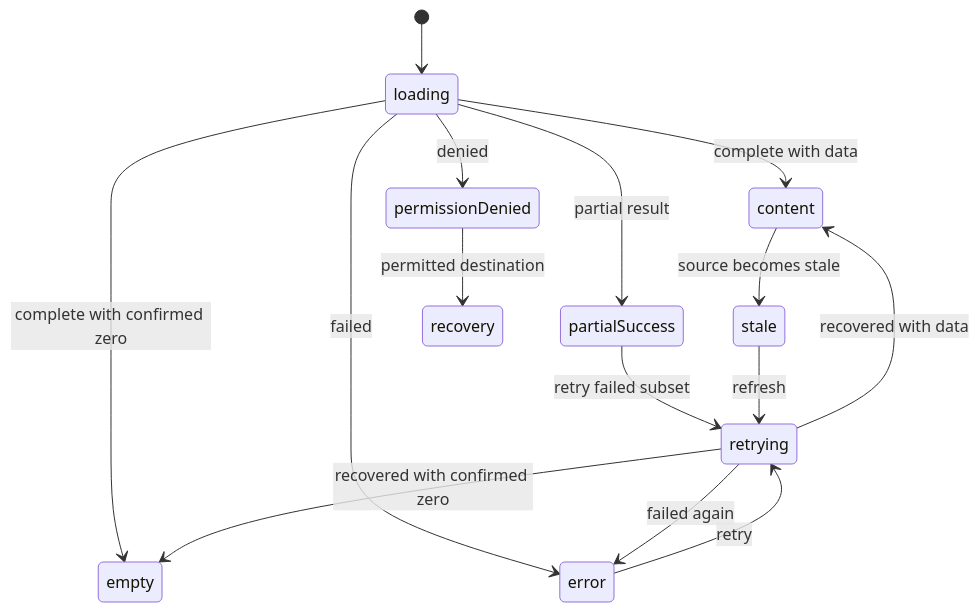
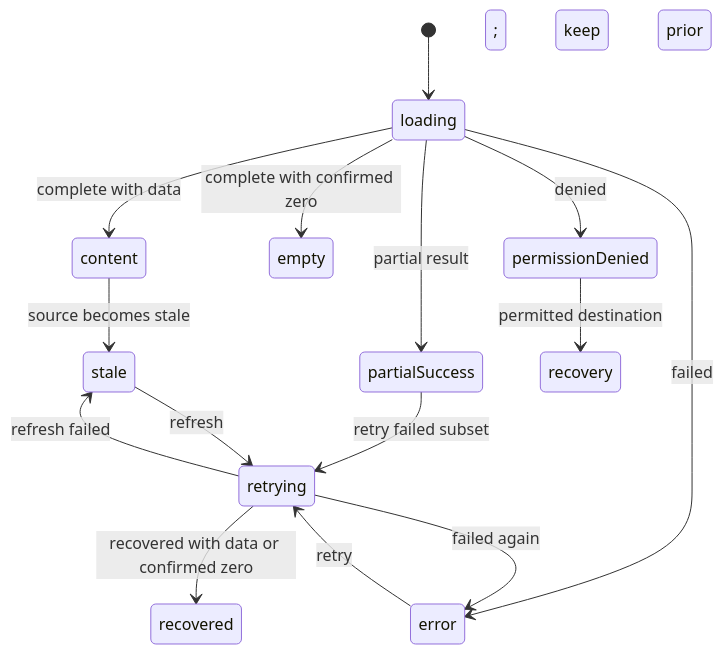
The diagram in docs/3_設計_DES/21_UI_UX/DES_UI_UX_001.md (tsuji-tomonori/rag-assist), drawn with Mermaid before and after one commit. The commit also changed other lines of this file and 55 other files, not shown here.

````diff
--- a/docs/3_設計_DES/21_UI_UX/DES_UI_UX_001.md
+++ b/docs/3_設計_DES/21_UI_UX/DES_UI_UX_001.md
@@ -79,17 +86,17 @@
 ```mermaid
 stateDiagram-v2
   [*] --> loading
   loading --> content: complete with data
   loading --> empty: complete with confirmed zero
   loading --> error: failed
   loading --> permissionDenied: denied
   loading --> partialSuccess: partial result
   content --> stale: source becomes stale
   error --> retrying: retry
   permissionDenied --> recovery: permitted destination
   partialSuccess --> retrying: retry failed subset
   stale --> retrying: refresh
-  retrying --> content: recovered with data
-  retrying --> empty: recovered with confirmed zero
+  retrying --> recovered: recovered with data or confirmed zero
   retrying --> error: failed again
+  retrying --> stale: refresh failed; keep prior content
 ```
````
